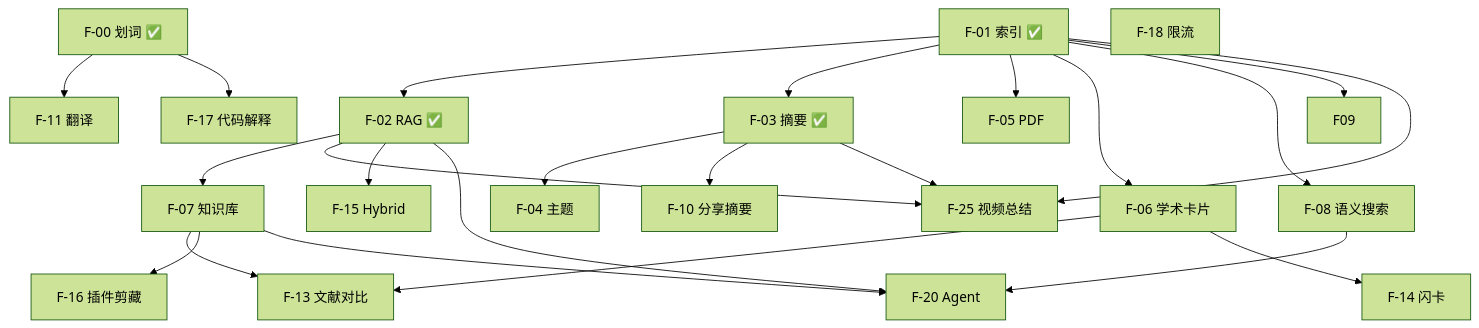
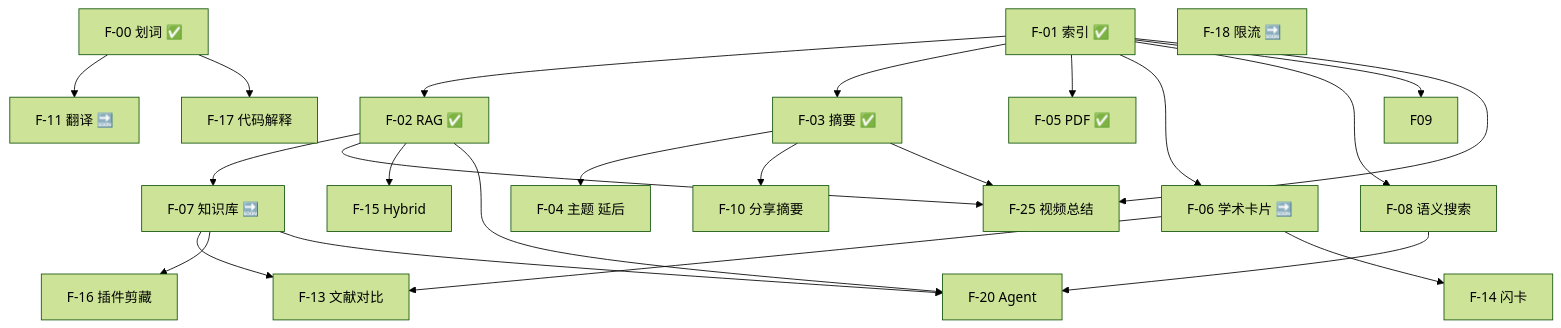
Before and after one commit to zhengjiayingz/file-management: the diagram in file_management_backend_nest/docs/plans/2026-07-08-ai-features-prd.md, drawn with Mermaid (forest theme). The commit also changed other lines of this file and 25 other files, not shown here.

````diff
--- a/file_management_backend_nest/docs/plans/2026-07-08-ai-features-prd.md
+++ b/file_management_backend_nest/docs/plans/2026-07-08-ai-features-prd.md
@@ -943,37 +967,37 @@
 ```mermaid
 flowchart TB
     F00[F-00 划词 ✅]
     F01[F-01 索引 ✅]
     F02[F-02 RAG ✅]
     F03[F-03 摘要 ✅]
-    F04[F-04 主题]
-    F05[F-05 PDF]
-    F06[F-06 学术卡片]
-    F07[F-07 知识库]
+    F04[F-04 主题 延后]
+    F05[F-05 PDF ✅]
+    F06[F-06 学术卡片 🔜]
+    F07[F-07 知识库 🔜]
     F08[F-08 语义搜索]
-    F18[F-18 限流]
+    F18[F-18 限流 🔜]
     F25[F-25 视频总结]
 
-    F00 --> F11[F-11 翻译]
+    F00 --> F11[F-11 翻译 🔜]
     F00 --> F17[F-17 代码解释]
     F01 --> F02
     F01 --> F03
     F01 --> F05
     F01 --> F06
     F01 --> F08
     F01 --> F09
     F01 --> F25
     F03 --> F04
     F03 --> F10[F-10 分享摘要]
     F03 --> F25
     F02 --> F07
     F02 --> F25
     F06 --> F13[F-13 文献对比]
     F06 --> F14[F-14 闪卡]
     F07 --> F13
     F07 --> F16[F-16 插件剪藏]
     F02 --> F15[F-15 Hybrid]
     F02 --> F20[F-20 Agent]
     F07 --> F20
     F08 --> F20
 ```
````
